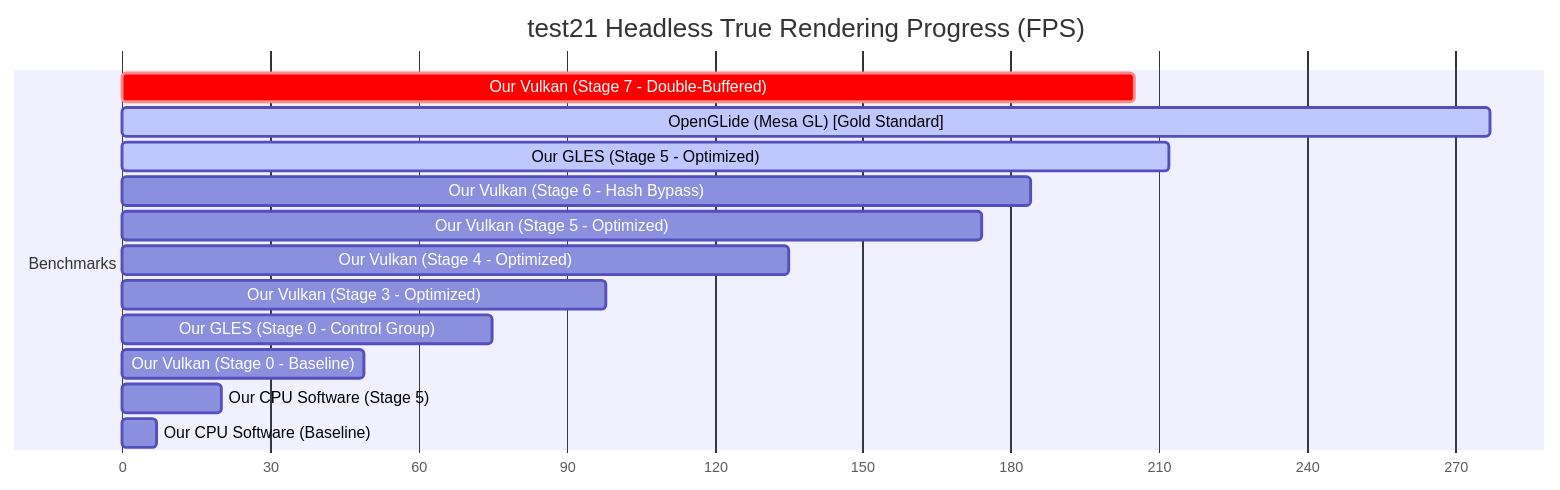
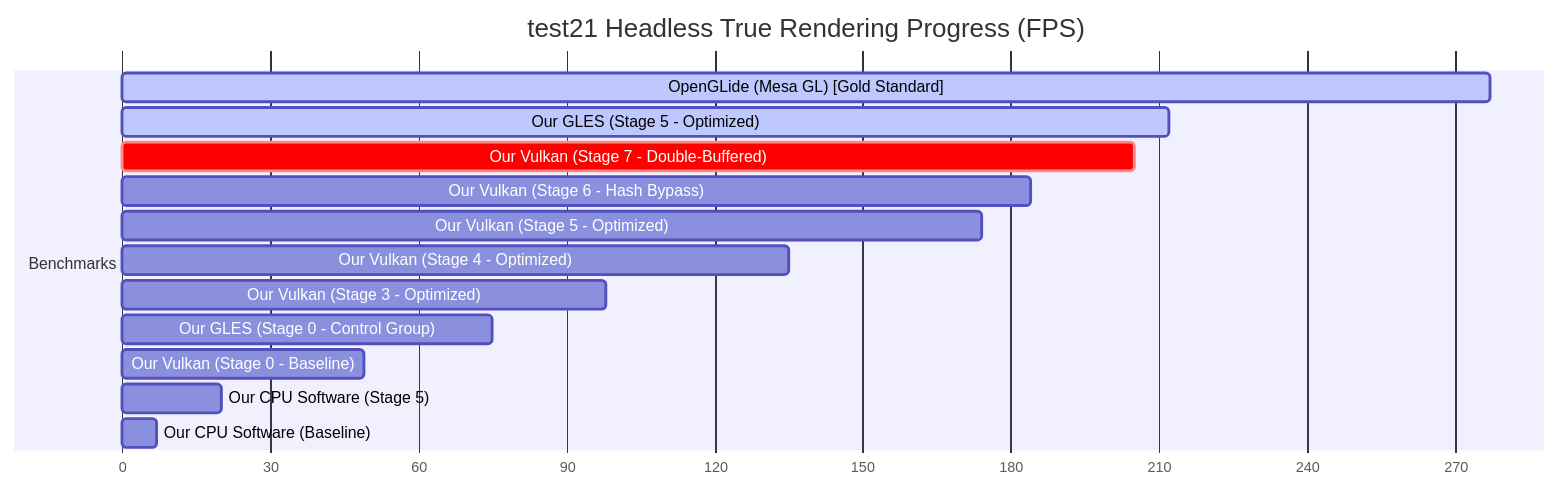
One commit to eugenenuke/glide-ng changed the diagram in docs/vulkan_performance_tracker.md. Above: the diagram before and after it, drawn with Mermaid. The commit also changed other lines of this file, not shown here.

Commit message:
Sort Gantt chart benchmarks in descending order of FPS

````diff
--- a/docs/vulkan_performance_tracker.md
+++ b/docs/vulkan_performance_tracker.md
@@ -116,18 +116,18 @@
 ```mermaid
 gantt
     title test21 Headless True Rendering Progress (FPS)
     dateFormat  X
     axisFormat %s
     section Benchmarks
-    Our Vulkan (Stage 7 - Double-Buffered) : crit, 0, 205
     OpenGLide (Mesa GL) [Gold Standard]   : active, 0, 277
     Our GLES (Stage 5 - Optimized)       : active, 0, 212
+    Our Vulkan (Stage 7 - Double-Buffered) : crit, 0, 205
     Our Vulkan (Stage 6 - Hash Bypass)    : 0, 184
     Our Vulkan (Stage 5 - Optimized)     : 0, 174
     Our Vulkan (Stage 4 - Optimized)     : 0, 135
     Our Vulkan (Stage 3 - Optimized)     : 0, 98
     Our GLES (Stage 0 - Control Group)    : 0, 75
     Our Vulkan (Stage 0 - Baseline)      : 0, 49
     Our CPU Software (Stage 5)           : 0, 20
     Our CPU Software (Baseline)          : 0, 7
 ```
````
